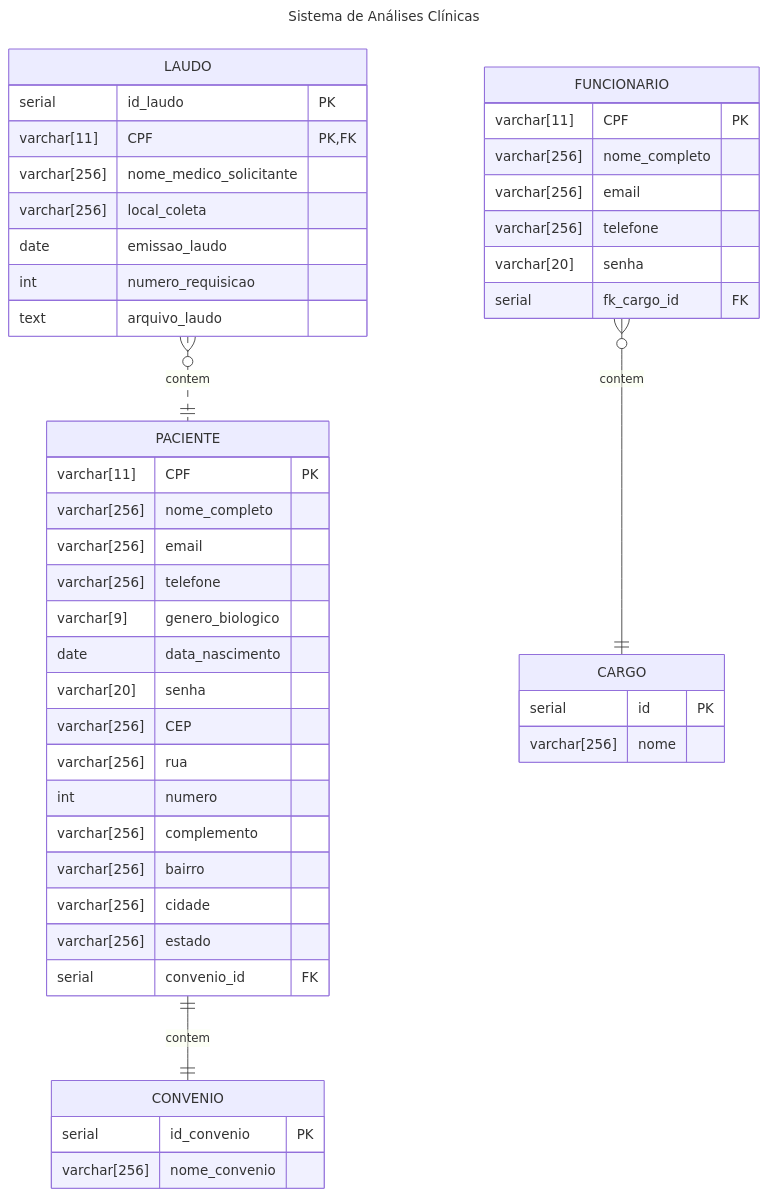
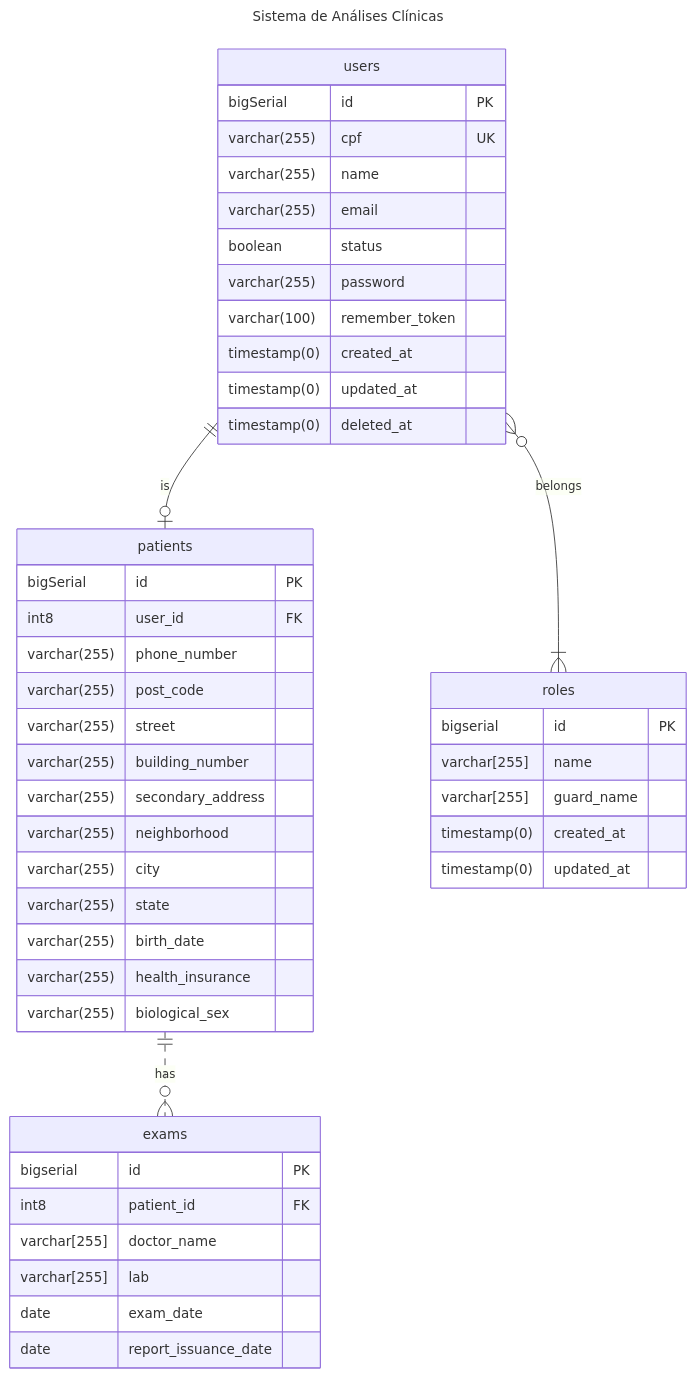
One commit to UniFil-NPI/ProjetoAnalisesClinicas changed the diagram in docs/DER.md. Above: the diagram before and after it, drawn with Mermaid. The commit also changed 6 other files, not shown here.

````diff
--- a/docs/DER.md
+++ b/docs/DER.md
@@ -3,58 +3,61 @@
 ```mermaid
 ---
 title: Sistema de Análises Clínicas
 ---
 erDiagram
 
-PACIENTE only one -- only one CONVENIO : contem
-PACIENTE {
-    varchar[11] CPF PK
-    varchar[256] nome_completo
-    varchar[256] email
-    varchar[256] telefone
-    varchar[9] genero_biologico
-    date data_nascimento
-    varchar[20] senha
-    varchar[256] CEP
-    varchar[256] rua
-    int numero
-    varchar[256] complemento
-    varchar[256] bairro
-    varchar[256] cidade
-    varchar[256] estado
-    serial convenio_id FK
+users only one -- zero or one patients : is
+users {
+    bigSerial id PK
+    varchar(255) cpf UK
+    varchar(255) name
+    varchar(255) email
+    boolean status
+    varchar(255) password
+    varchar(100) remember_token
+    timestamp(0) created_at
+    timestamp(0) updated_at
+    timestamp(0) deleted_at
 }
 
-CONVENIO {
-    serial id_convenio PK
-    varchar[256] nome_convenio
+
+patients only one .. zero or many exams : has
+patients {
+    bigSerial id PK
+    int8 user_id FK
+    varchar(255) phone_number
+    varchar(255) post_code
+    varchar(255) street
+    varchar(255) building_number
+    varchar(255) secondary_address
+    varchar(255) neighborhood
+    varchar(255) city
+    varchar(255) state
+    varchar(255) birth_date
+    varchar(255) health_insurance
+    varchar(255) biological_sex
+
 }
-
-LAUDO zero or many .. only one PACIENTE : contem
-LAUDO {
-    serial id_laudo PK
-    varchar[11] CPF PK,FK
-    varchar[256] nome_medico_solicitante
-    varchar[256] local_coleta
-    date emissao_laudo
-    int numero_requisicao
-    text arquivo_laudo
+exams {
+    bigserial id PK
+    int8 patient_id FK
+    varchar[255] doctor_name
+    varchar[255] lab
+    date exam_date
+    date report_issuance_date
     
 }
 
-FUNCIONARIO zero or many -- only one CARGO : contem
-FUNCIONARIO {
-    varchar[11] CPF PK
-    varchar[256] nome_completo
-    varchar[256] email
-    varchar[256] telefone
-    varchar[20] senha
-    serial fk_cargo_id FK
-}
+users zero or many -- one or many roles : belongs
 
-CARGO {
-    serial id PK
-    varchar[256] nome
+
+roles {
+    bigserial id PK
+    varchar[255] name
+    varchar[255] guard_name
+    timestamp(0) created_at
+    timestamp(0) updated_at
+
 }
 
 ```
````
